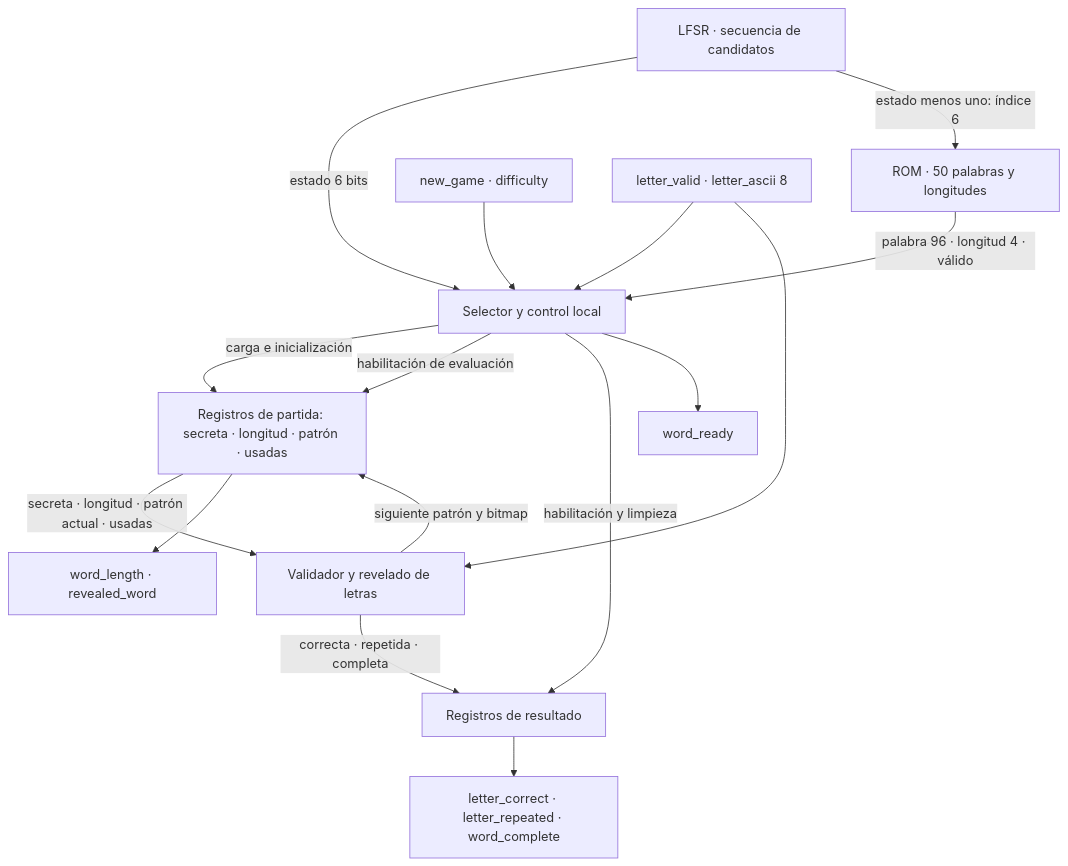
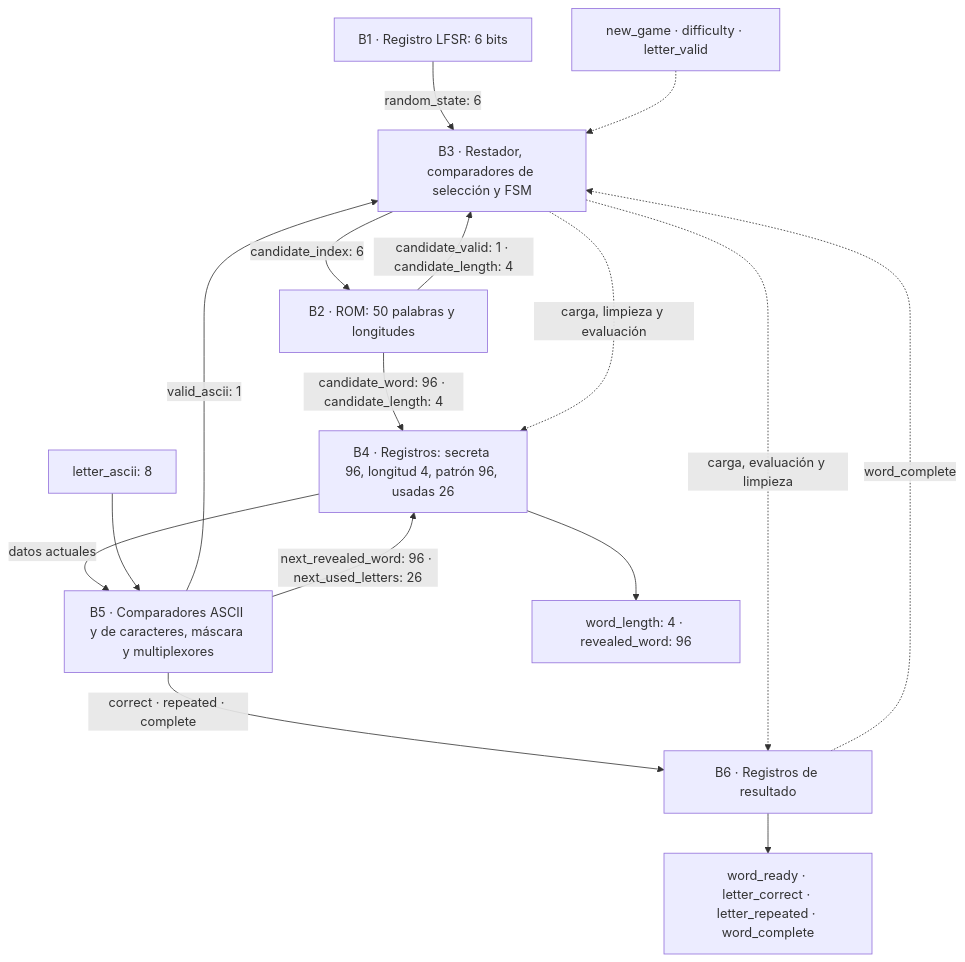
One commit to aguilar697/Taller-Diseno-de-Sistemas-Digitales changed the diagram in Proyecto2_Ahorcado/docs/diseno/nivel_3_motor_del_juego.md. Above: the diagram before and after it, drawn with Mermaid. The commit also changed other lines of this file and 7 other files, not shown here.

````diff
--- a/Proyecto2_Ahorcado/docs/diseno/nivel_3_motor_del_juego.md
+++ b/Proyecto2_Ahorcado/docs/diseno/nivel_3_motor_del_juego.md
@@ -85,18 +83,18 @@
 ```mermaid
 flowchart TB
-    L["LFSR · secuencia de candidatos"] -->|"estado 6 bits"| S["Selector y control local"]
-    R["ROM · 50 palabras y longitudes"] -->|"palabra 96 · longitud 4 · válido"| S
-    L -->|"estado menos uno: índice 6"| R
-    N["new_game · difficulty"] --> S
-    S -->|"carga e inicialización"| G["Registros de partida: secreta · longitud · patrón · usadas"]
-    G -->|"secreta · longitud · patrón actual · usadas"| V["Validador y revelado de letras"]
-    IN["letter_valid · letter_ascii 8"] --> S
-    IN --> V
-    V -->|"siguiente patrón y bitmap"| G
-    S -->|"habilitación de evaluación"| G
-    V -->|"correcta · repetida · completa"| O["Registros de resultado"]
-    S -->|"habilitación y limpieza"| O
-    S --> WR["word_ready"]
-    G --> OUT["word_length · revealed_word"]
-    O --> FLAGS["letter_correct · letter_repeated · word_complete"]
+    B1["B1 · Registro LFSR: 6 bits"] -->|"random_state: 6"| B3
+    B3["B3 · Restador, comparadores de selección y FSM"] -->|"candidate_index: 6"| B2
+    B2["B2 · ROM: 50 palabras y longitudes"] -->|"candidate_valid: 1 · candidate_length: 4"| B3
+    B2 -->|"candidate_word: 96 · candidate_length: 4"| B4
+    C["new_game · difficulty · letter_valid"] -.-> B3
+    B3 -.->|"carga, limpieza y evaluación"| B4
+    B4["B4 · Registros: secreta 96, longitud 4, patrón 96, usadas 26"] -->|"datos actuales"| B5
+    A["letter_ascii: 8"] --> B5
+    B5["B5 · Comparadores ASCII y de caracteres, máscara y multiplexores"] -->|"valid_ascii: 1"| B3
+    B5 -->|"next_revealed_word: 96 · next_used_letters: 26"| B4
+    B5 -->|"correct · repeated · complete"| B6
+    B3 -.->|"carga, evaluación y limpieza"| B6
+    B6["B6 · Registros de resultado"] -.->|"word_complete"| B3
+    B6 --> F["word_ready · letter_correct · letter_repeated · word_complete"]
+    B4 --> OUT["word_length: 4 · revealed_word: 96"]
 ```
````
